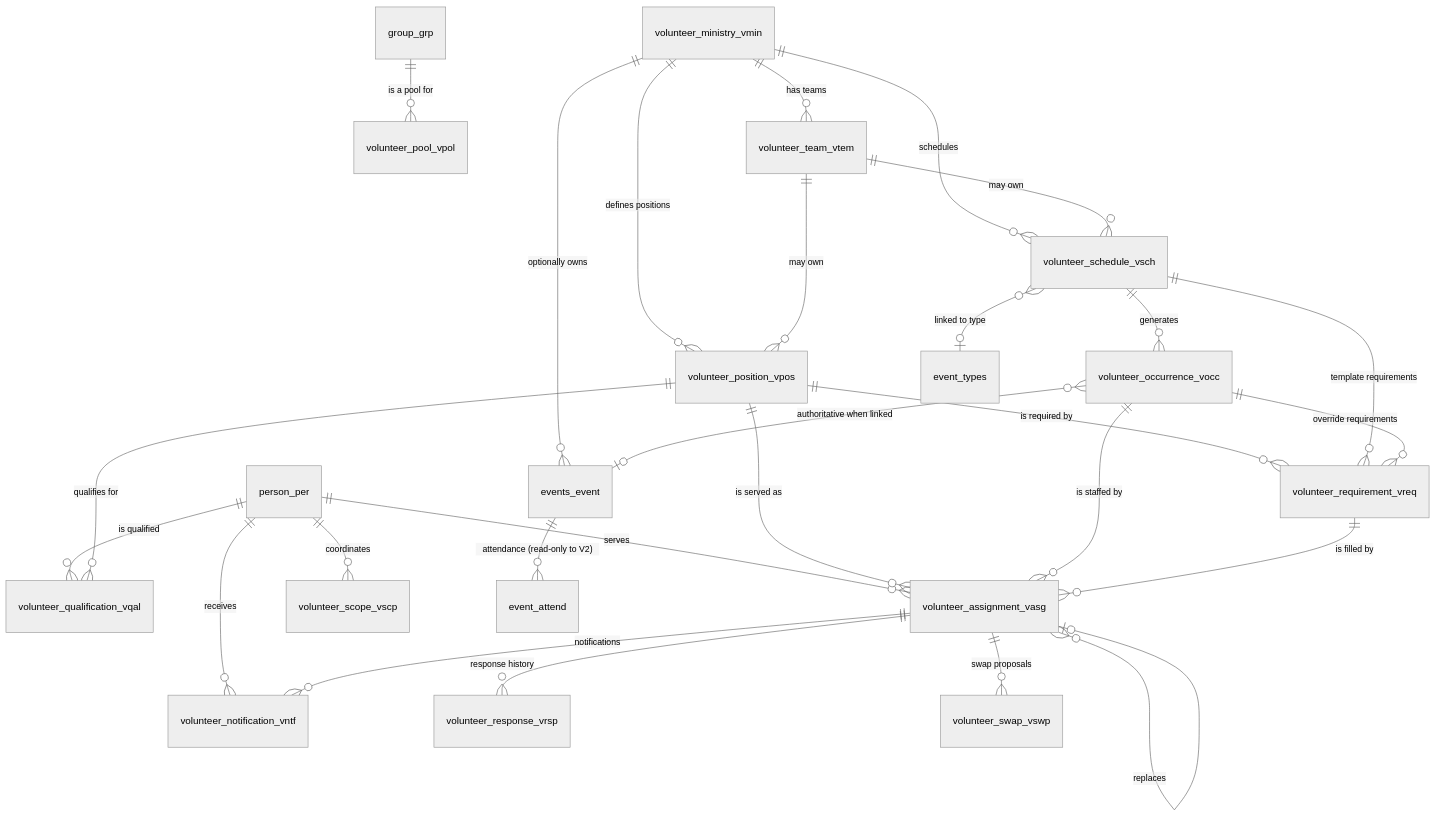
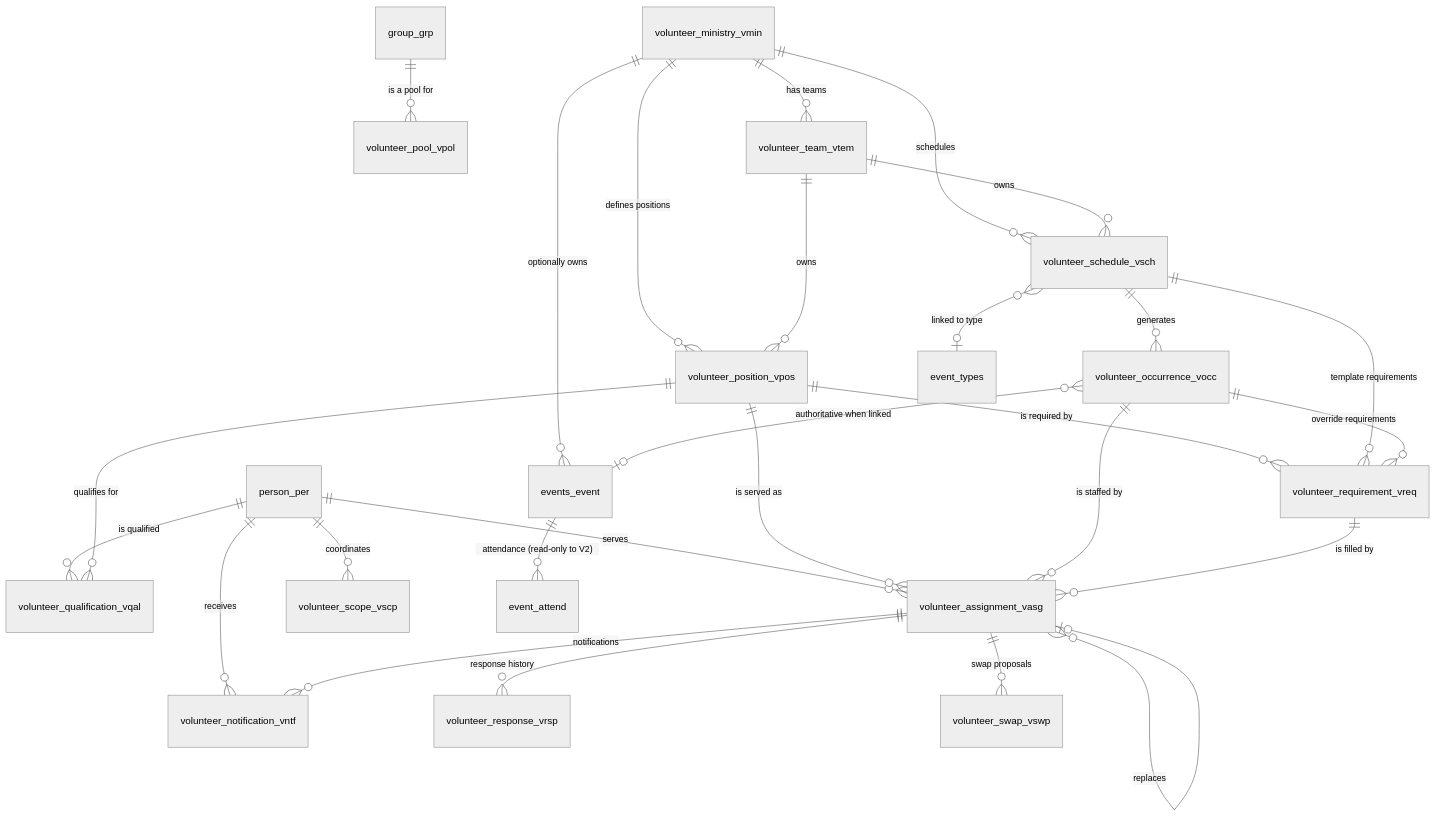
Before and after one commit to ChurchCRM/CRM: the diagram in .agents/skills/churchcrm/volunteer-v2-design.md, drawn with Mermaid (neutral theme). The commit also changed other lines of this file and 15 other files, not shown here.

````diff
--- a/.agents/skills/churchcrm/volunteer-v2-design.md
+++ b/.agents/skills/churchcrm/volunteer-v2-design.md
@@ -417,37 +418,37 @@
 ```mermaid
 erDiagram
     person_per      ||--o{ volunteer_qualification_vqal : "is qualified"
     person_per      ||--o{ volunteer_assignment_vasg    : "serves"
     person_per      ||--o{ volunteer_scope_vscp         : "coordinates"
     person_per      ||--o{ volunteer_notification_vntf  : "receives"
     group_grp       ||--o{ volunteer_pool_vpol          : "is a pool for"
 
     volunteer_ministry_vmin ||--o{ volunteer_team_vtem      : "has teams"
     volunteer_ministry_vmin ||--o{ volunteer_position_vpos  : "defines positions"
     volunteer_ministry_vmin ||--o{ volunteer_schedule_vsch  : "schedules"
     volunteer_ministry_vmin ||--o{ events_event             : "optionally owns"
 
-    volunteer_team_vtem     ||--o{ volunteer_position_vpos  : "may own"
-    volunteer_team_vtem     ||--o{ volunteer_schedule_vsch  : "may own"
+    volunteer_team_vtem     ||--o{ volunteer_position_vpos  : "owns"
+    volunteer_team_vtem     ||--o{ volunteer_schedule_vsch  : "owns"
 
     volunteer_position_vpos ||--o{ volunteer_qualification_vqal : "qualifies for"
     volunteer_position_vpos ||--o{ volunteer_requirement_vreq   : "is required by"
     volunteer_position_vpos ||--o{ volunteer_assignment_vasg    : "is served as"
 
     volunteer_schedule_vsch ||--o{ volunteer_occurrence_vocc  : "generates"
     volunteer_schedule_vsch ||--o{ volunteer_requirement_vreq : "template requirements"
     volunteer_schedule_vsch }o--o| event_types                : "linked to type"
 
     volunteer_occurrence_vocc  }o--o| events_event                : "authoritative when linked"
     volunteer_occurrence_vocc  ||--o{ volunteer_requirement_vreq  : "override requirements"
     volunteer_occurrence_vocc  ||--o{ volunteer_assignment_vasg   : "is staffed by"
 
     volunteer_requirement_vreq ||--o{ volunteer_assignment_vasg : "is filled by"
 
     volunteer_assignment_vasg ||--o{ volunteer_response_vrsp     : "response history"
     volunteer_assignment_vasg ||--o{ volunteer_swap_vswp         : "swap proposals"
     volunteer_assignment_vasg ||--o{ volunteer_notification_vntf : "notifications"
     volunteer_assignment_vasg }o--o| volunteer_assignment_vasg   : "replaces"
 
     events_event ||--o{ event_attend : "attendance (read-only to V2)"
 ```
````
